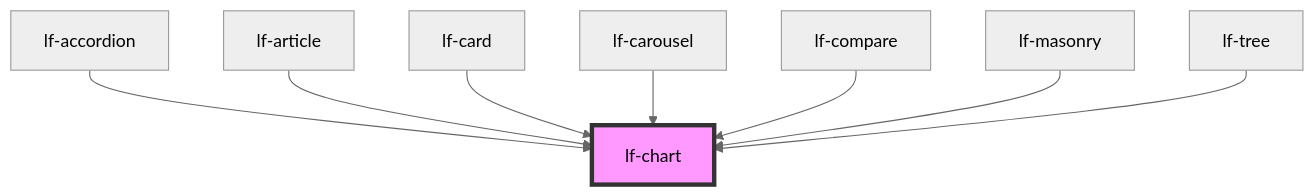
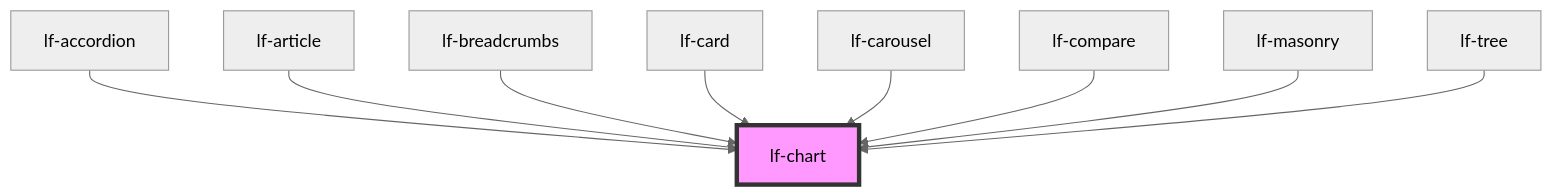
Before and after one commit to lucafoscili/lf-widgets: the diagram in packages/core/src/components/lf-chart/readme.md, drawn with Mermaid (neutral theme). The commit also changed other lines of this file and 17 other files, not shown here.

````diff
--- a/packages/core/src/components/lf-chart/readme.md
+++ b/packages/core/src/components/lf-chart/readme.md
@@ -122,11 +123,12 @@
 ```mermaid
 graph TD;
   lf-accordion --> lf-chart
   lf-article --> lf-chart
+  lf-breadcrumbs --> lf-chart
   lf-card --> lf-chart
   lf-carousel --> lf-chart
   lf-compare --> lf-chart
   lf-masonry --> lf-chart
   lf-tree --> lf-chart
   style lf-chart fill:#f9f,stroke:#333,stroke-width:4px
 ```
````
